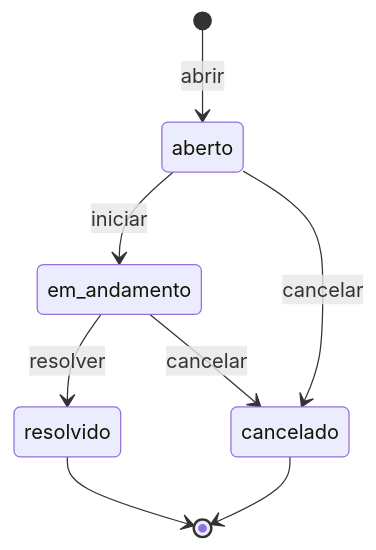
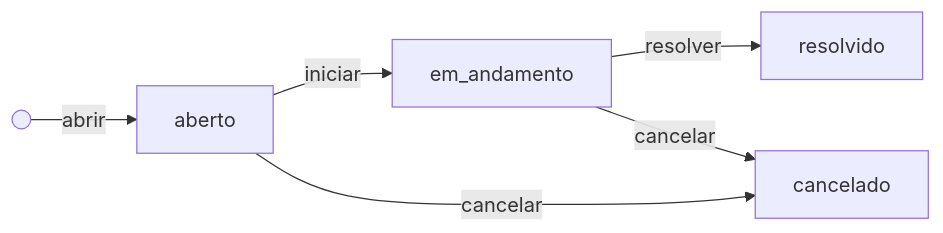
The diagram in README.md (vivianSantos0101/LabEngSoftwareATV), drawn with Mermaid before and after one commit.

Commit message:
fix: corrige diagrama de status no README

````diff
--- a/README.md
+++ b/README.md
@@ -65,10 +65,8 @@
 ```mermaid
-stateDiagram-v2
-    [*] --> aberto: abrir
-    aberto --> em_andamento: iniciar
-    em_andamento --> resolvido: resolver
-    aberto --> cancelado: cancelar
-    em_andamento --> cancelado: cancelar
-    resolvido --> [*]
-    cancelado --> [*]
+flowchart LR
+    inicio(( )) -- abrir --> A[aberto]
+    A -- iniciar --> B[em_andamento]
+    B -- resolver --> C[resolvido]
+    A -- cancelar --> D[cancelado]
+    B -- cancelar --> D
 ```
````
